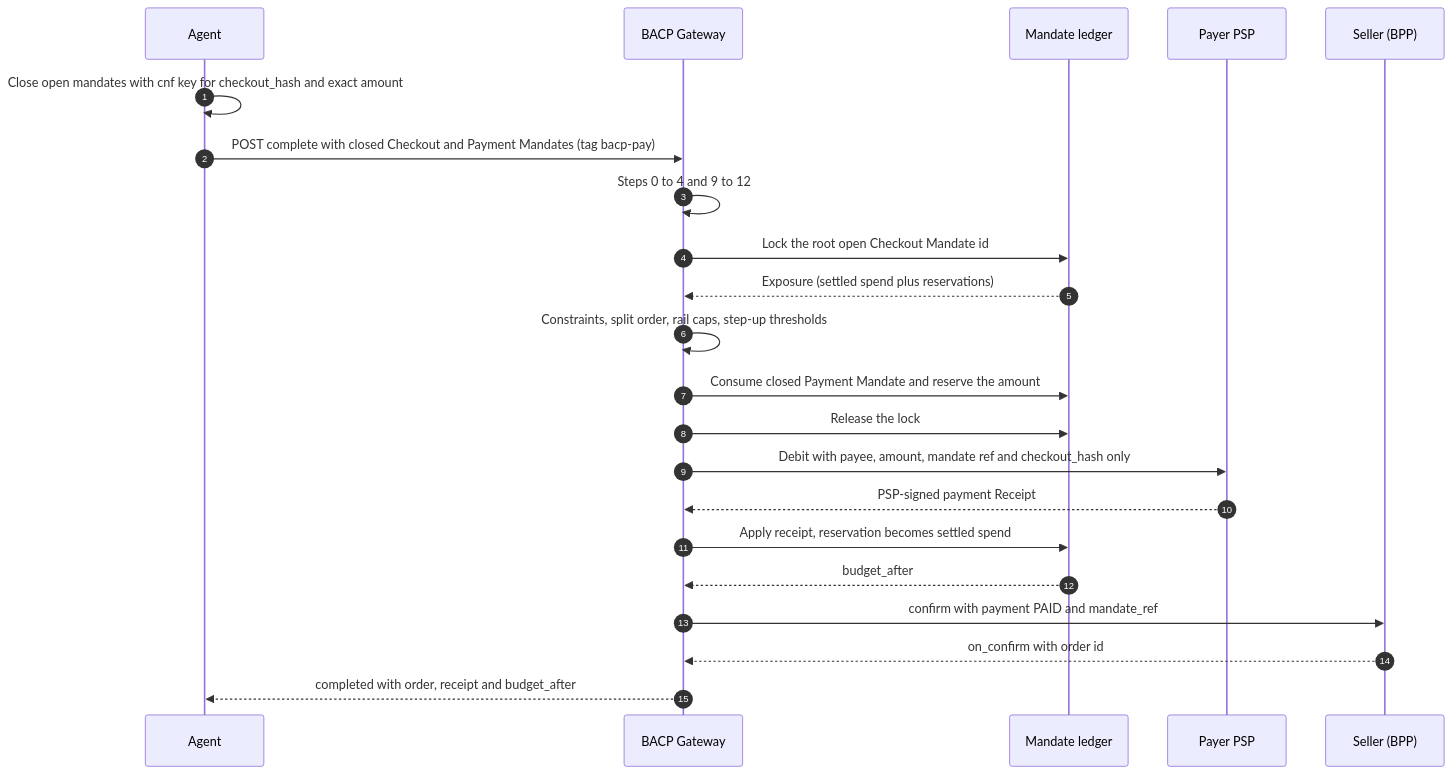
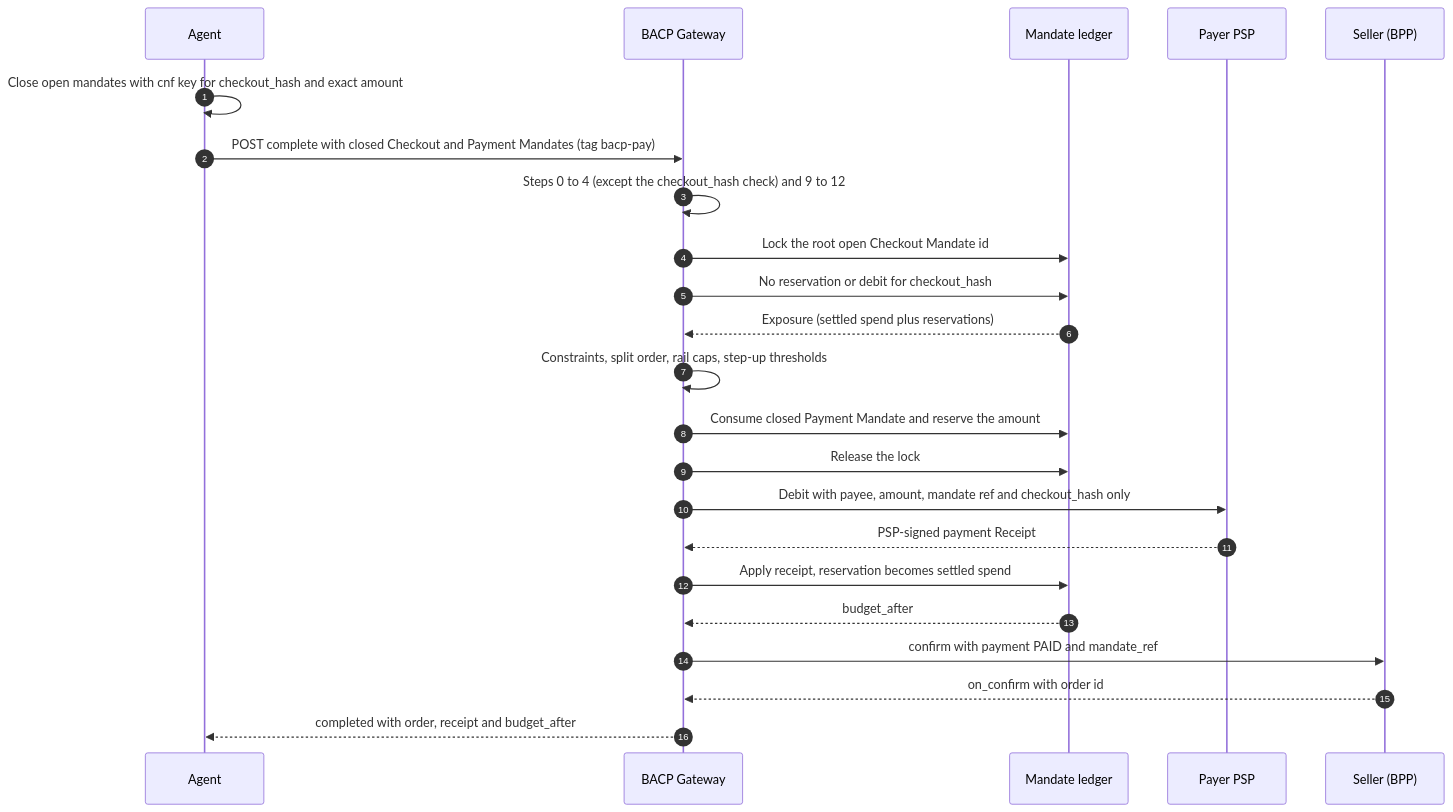
Before and after one commit to bacp-dev/bacp: the second of 3 diagrams in docs/specification/mandates.md, drawn with Mermaid. The commit also changed other lines of this file and 165 other files, not shown here.

````diff
--- a/docs/specification/mandates.md
+++ b/docs/specification/mandates.md
@@ -1220,24 +1229,25 @@
 ```mermaid
 sequenceDiagram
     autonumber
     participant A as Agent
     participant G as BACP Gateway
     participant L as Mandate ledger
     participant P as Payer PSP
     participant S as Seller (BPP)
     A->>A: Close open mandates with cnf key for checkout_hash and exact amount
     A->>G: POST complete with closed Checkout and Payment Mandates (tag bacp-pay)
-    G->>G: Steps 0 to 4 and 9 to 12
+    G->>G: Steps 0 to 4 (except the checkout_hash check) and 9 to 12
     G->>L: Lock the root open Checkout Mandate id
+    G->>L: No reservation or debit for checkout_hash
     L-->>G: Exposure (settled spend plus reservations)
     G->>G: Constraints, split order, rail caps, step-up thresholds
     G->>L: Consume closed Payment Mandate and reserve the amount
     G->>L: Release the lock
     G->>P: Debit with payee, amount, mandate ref and checkout_hash only
     P-->>G: PSP-signed payment Receipt
     G->>L: Apply receipt, reservation becomes settled spend
     L-->>G: budget_after
     G->>S: confirm with payment PAID and mandate_ref
     S-->>G: on_confirm with order id
     G-->>A: completed with order, receipt and budget_after
 ```
````
